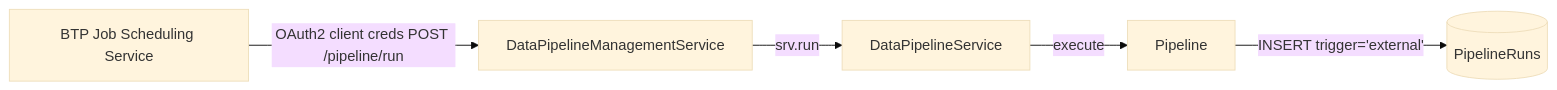
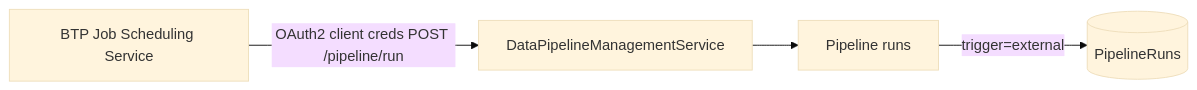
The diagram in docs/recipes/external-scheduling-jss.md (mikezaschka/cds-data-pipeline), drawn with Mermaid (base theme) before and after one commit. The commit also changed other lines of this file and 27 other files, not shown here.

````diff
--- a/docs/recipes/external-scheduling-jss.md
+++ b/docs/recipes/external-scheduling-jss.md
@@ -7,7 +7,6 @@
 ```mermaid
 flowchart LR
   JSS[BTP Job Scheduling Service] -->|"OAuth2 client creds POST /pipeline/run"| Mgmt[DataPipelineManagementService]
-  Mgmt -->|srv.run| Core[DataPipelineService]
-  Core -->|execute| Pipe[Pipeline]
-  Pipe -->|"INSERT trigger='external'"| Tracker[(PipelineRuns)]
+  Mgmt --> Pipe[Pipeline runs]
+  Pipe -->|"trigger=external"| Tracker[(PipelineRuns)]
 ```
````
